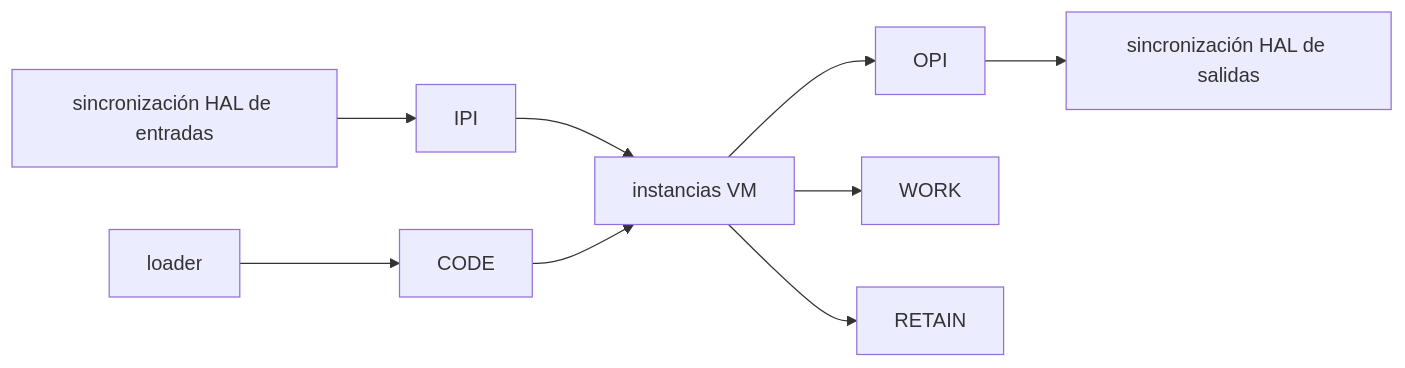
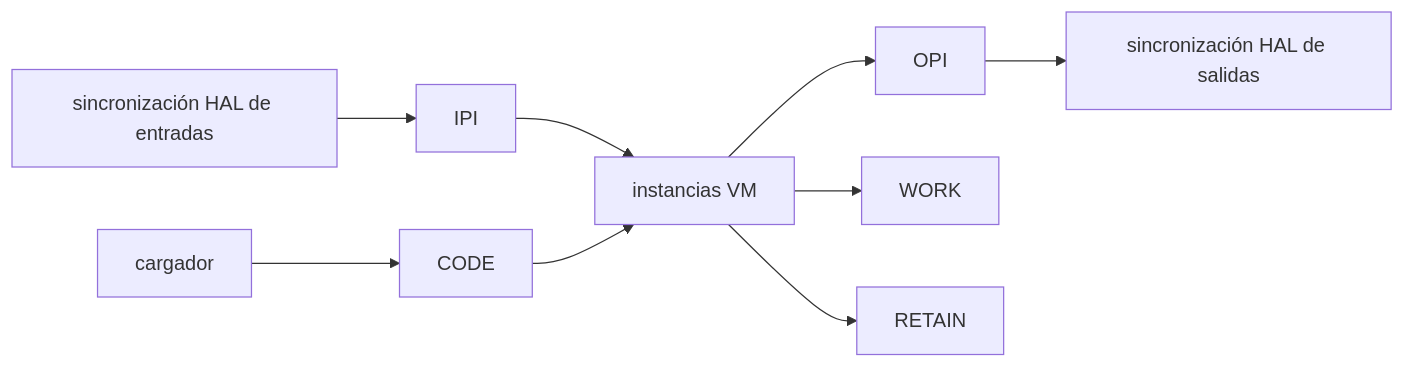
Before and after one commit to eduardojvieira/ZPLC: the diagram in docs/i18n/es/docusaurus-plugin-content-docs/current/runtime/memory-model.md, drawn with Mermaid. The commit also changed other lines of this file and 7 other files, not shown here.

````diff
--- a/docs/i18n/es/docusaurus-plugin-content-docs/current/runtime/memory-model.md
+++ b/docs/i18n/es/docusaurus-plugin-content-docs/current/runtime/memory-model.md
@@ -20,11 +20,11 @@
 ```mermaid
 flowchart LR
   HALIN[sincronización HAL de entradas] --> IPI[IPI]
   IPI --> VM[instancias VM]
   VM --> OPI[OPI]
   VM --> WORK[WORK]
   VM --> RETAIN[RETAIN]
-  Loader[loader] --> CODE[CODE]
+  Loader[cargador] --> CODE[CODE]
   CODE --> VM
   OPI --> HALOUT[sincronización HAL de salidas]
 ```
````
